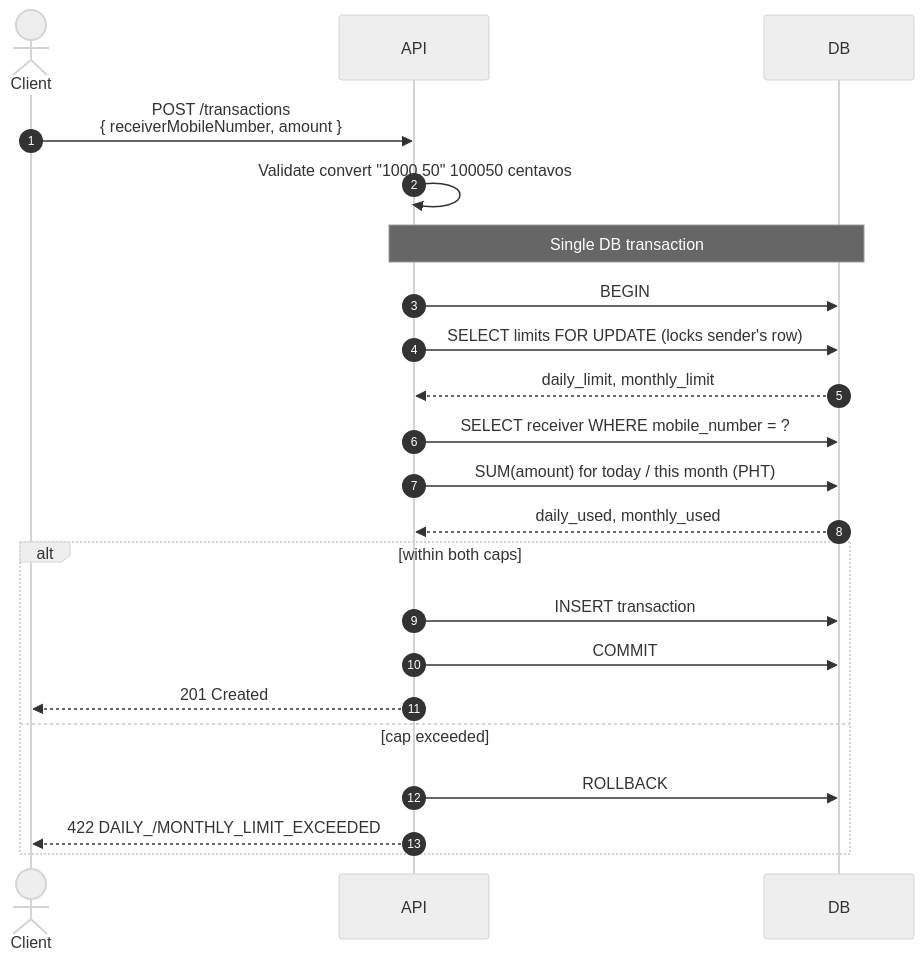
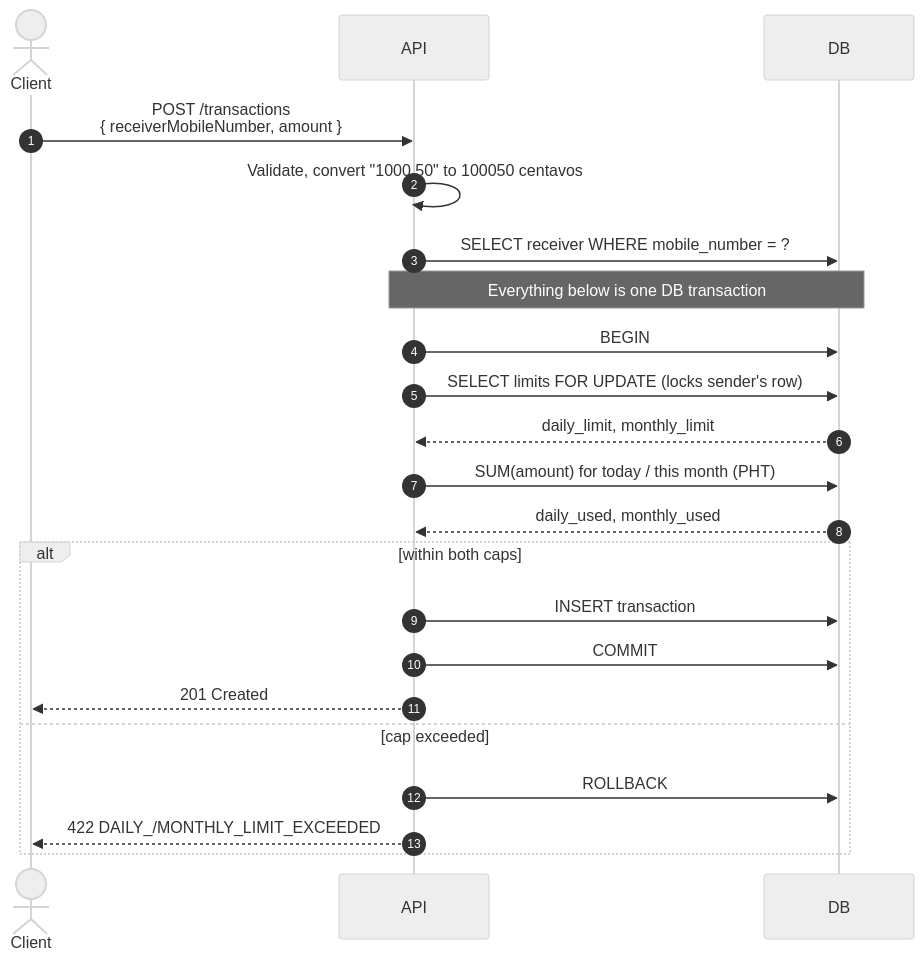
The diagram in docs/flow.md (AdrielTiczon/maya-ticzon-martech), drawn with Mermaid (neutral theme) before and after one commit. The commit also changed other lines of this file, not shown here.

Commit message:
chore: cleanup flow

````diff
--- a/docs/flow.md
+++ b/docs/flow.md
@@ -130,27 +98,27 @@
 ```mermaid
 sequenceDiagram
   autonumber
   actor Client
   participant API
   participant DB
 
   Client->>API: POST /transactions<br/>{ receiverMobileNumber, amount }
-  API->>API: Validate convert "1000.50" 100050 centavos
+  API->>API: Validate, convert "1000.50" to 100050 centavos
+  API->>DB: SELECT receiver WHERE mobile_number = ?
 
-    note over API,DB: Single DB transaction
-    API->>DB: BEGIN
-    API->>DB: SELECT limits FOR UPDATE (locks sender's row)
-    DB-->>API: daily_limit, monthly_limit
-    API->>DB: SELECT receiver WHERE mobile_number = ?
-    API->>DB: SUM(amount) for today / this month (PHT)
-    DB-->>API: daily_used, monthly_used
+  note over API,DB: Everything below is one DB transaction
+  API->>DB: BEGIN
+  API->>DB: SELECT limits FOR UPDATE (locks sender's row)
+  DB-->>API: daily_limit, monthly_limit
+  API->>DB: SUM(amount) for today / this month (PHT)
+  DB-->>API: daily_used, monthly_used
 
-    alt within both caps
-      API->>DB: INSERT transaction
-      API->>DB: COMMIT
-      API-->>Client: 201 Created
-    else cap exceeded
-      API->>DB: ROLLBACK
-      API-->>Client: 422 DAILY_/MONTHLY_LIMIT_EXCEEDED
-    end
+  alt within both caps
+    API->>DB: INSERT transaction
+    API->>DB: COMMIT
+    API-->>Client: 201 Created
+  else cap exceeded
+    API->>DB: ROLLBACK
+    API-->>Client: 422 DAILY_/MONTHLY_LIMIT_EXCEEDED
+  end
 ```
````
